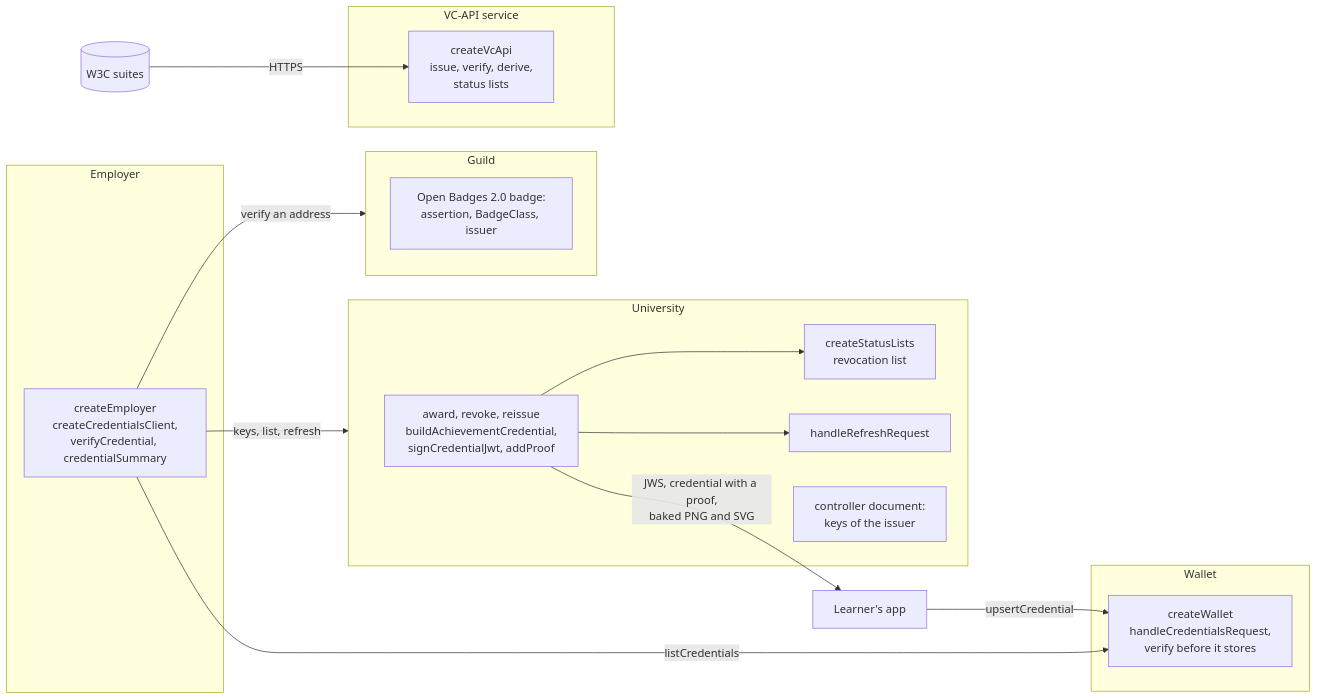
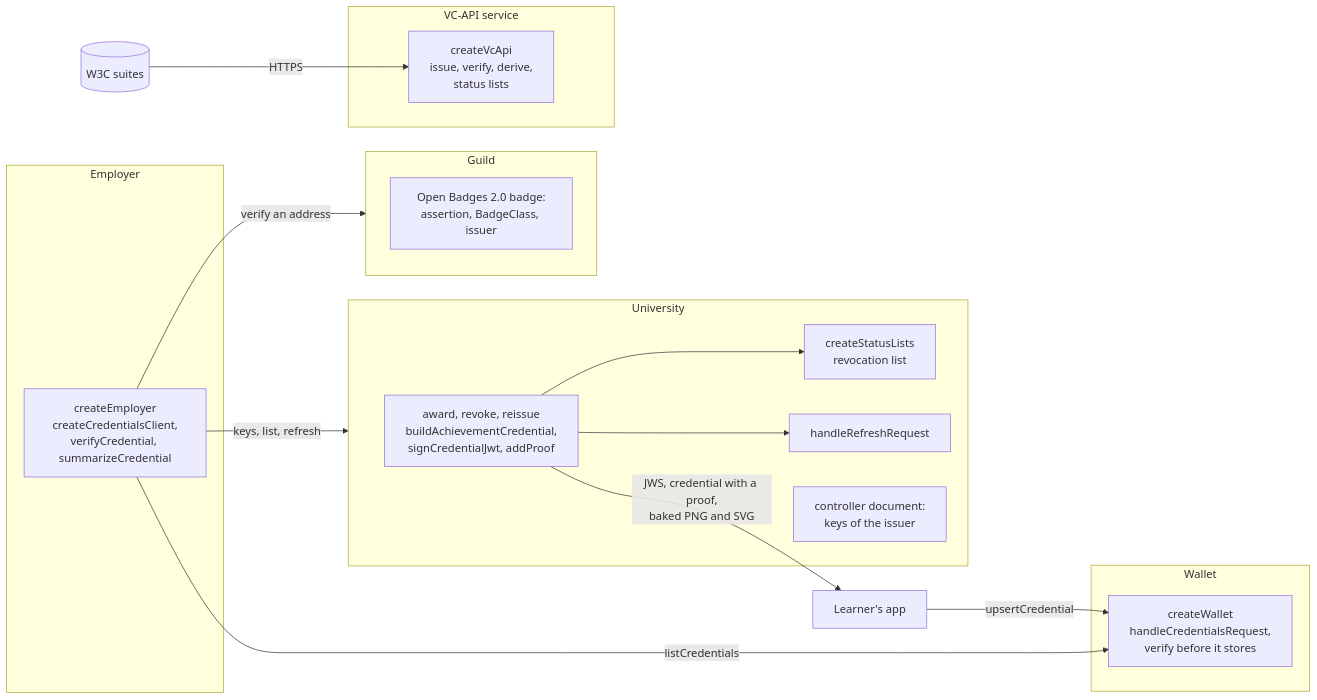
One commit to interopkit/interopkit changed the diagram in examples/achievement-credentials/README.md. Above: the diagram before and after it, drawn with Mermaid. The commit also changed 368 other files, not shown here.

````diff
--- a/examples/achievement-credentials/README.md
+++ b/examples/achievement-credentials/README.md
@@ -9,26 +9,26 @@
 ```mermaid
 flowchart LR
   subgraph university["University"]
     award["award, revoke, reissue<br/>buildAchievementCredential,<br/>signCredentialJwt, addProof"] --> lists["createStatusLists<br/>revocation list"]
     award --> refresh["handleRefreshRequest"]
     keys["controller document:<br/>keys of the issuer"]
   end
   subgraph wallet["Wallet"]
     api["createWallet<br/>handleCredentialsRequest,<br/>verify before it stores"]
   end
   subgraph employer["Employer"]
-    review["createEmployer<br/>createCredentialsClient,<br/>verifyCredential, credentialSummary"]
+    review["createEmployer<br/>createCredentialsClient,<br/>verifyCredential, summarizeCredential"]
   end
   subgraph guild["Guild"]
     hosted["Open Badges 2.0 badge:<br/>assertion, BadgeClass, issuer"]
   end
   subgraph vcapi["VC-API service"]
     shim["createVcApi<br/>issue, verify, derive,<br/>status lists"]
   end
   learner["Learner's app"] -->|"upsertCredential"| api
   award -->|"JWS, credential with a proof,<br/>baked PNG and SVG"| learner
   review -->|"listCredentials"| api
   review -->|"keys, list, refresh"| university
   review -->|"verify an address"| guild
   suite[("W3C suites")] -->|"HTTPS"| shim
 ```
````
